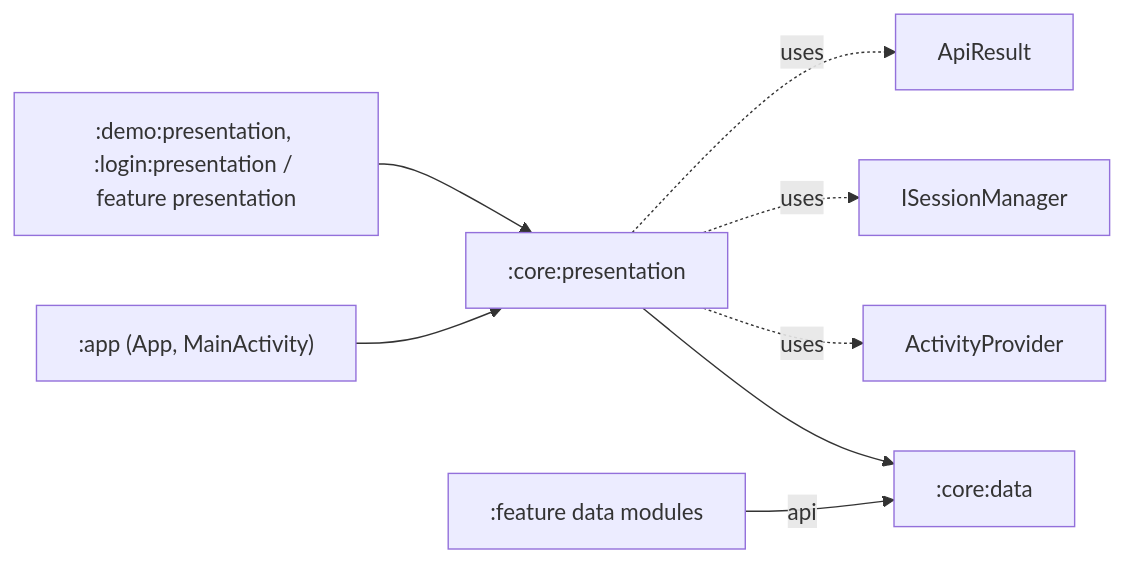
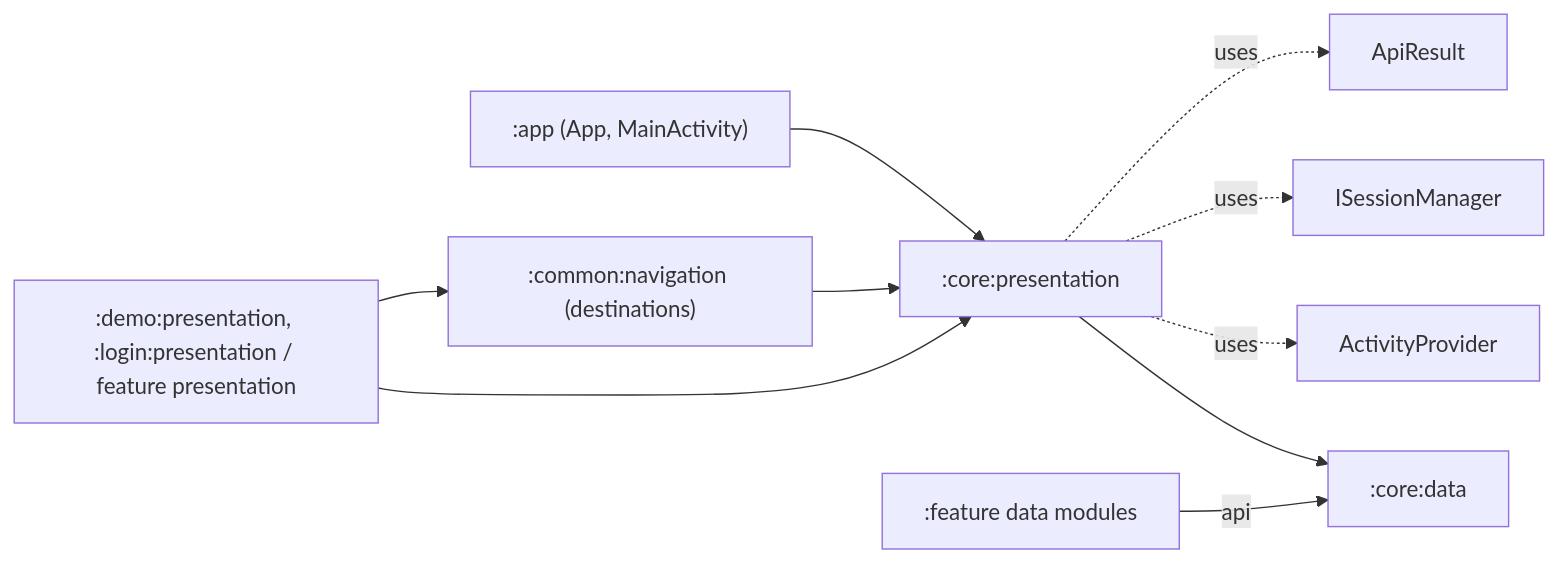
The diagram in openwiki/core-presentation/overview.md (MGareta/BaseApplication), drawn with Mermaid before and after one commit. The commit also changed other lines of this file and 9 other files, not shown here.

First line of the commit message:
Update documentation to introduce shared `:common:navigation` module for Navigation3 destinations.

````diff
--- a/openwiki/core-presentation/overview.md
+++ b/openwiki/core-presentation/overview.md
@@ -75,10 +75,12 @@
 ```mermaid
 flowchart LR
     app[":app (App, MainActivity)"] --> pres[":core:presentation"]
     feat[":demo:presentation, :login:presentation / feature presentation"] --> pres
+    nav[":common:navigation (destinations)"] --> pres
+    feat --> nav
     pres --> data[":core:data"]
     featdata[":feature data modules"] -->|api| data
     pres -.uses.-> AP[ActivityProvider]
     pres -.uses.-> SM[ISessionManager]
     pres -.uses.-> AR[ApiResult]
 ```
````
